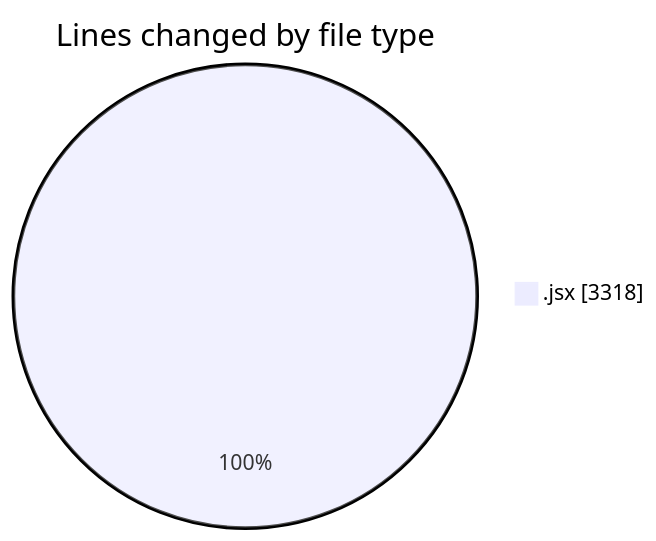
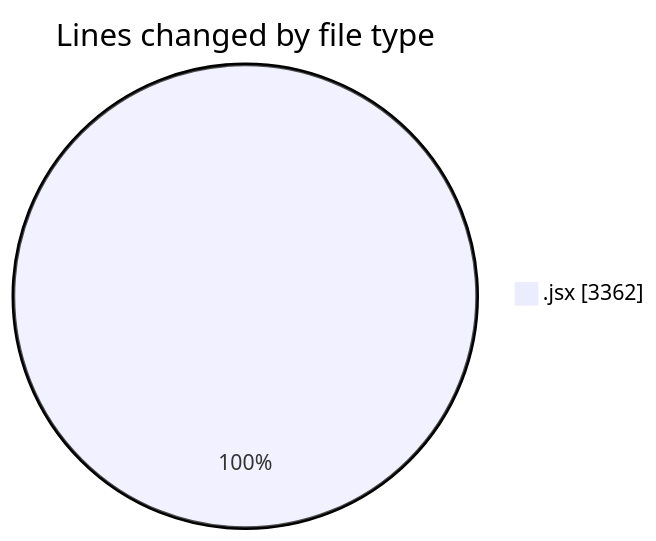
Before and after one commit to nxtqubesakshisongat/code-tracking: the first of 2 diagrams in 2025-12-07/nxtqube_webapp/README.md, drawn with Mermaid. The commit also changed other lines of this file and 1 other file, not shown here.

````diff
--- a/2025-12-07/nxtqube_webapp/README.md
+++ b/2025-12-07/nxtqube_webapp/README.md
@@ -21,5 +21,5 @@
 ```mermaid
 pie showData
 title Lines changed by file type
-".jsx" : 3318
+".jsx" : 3362
 ```
````
